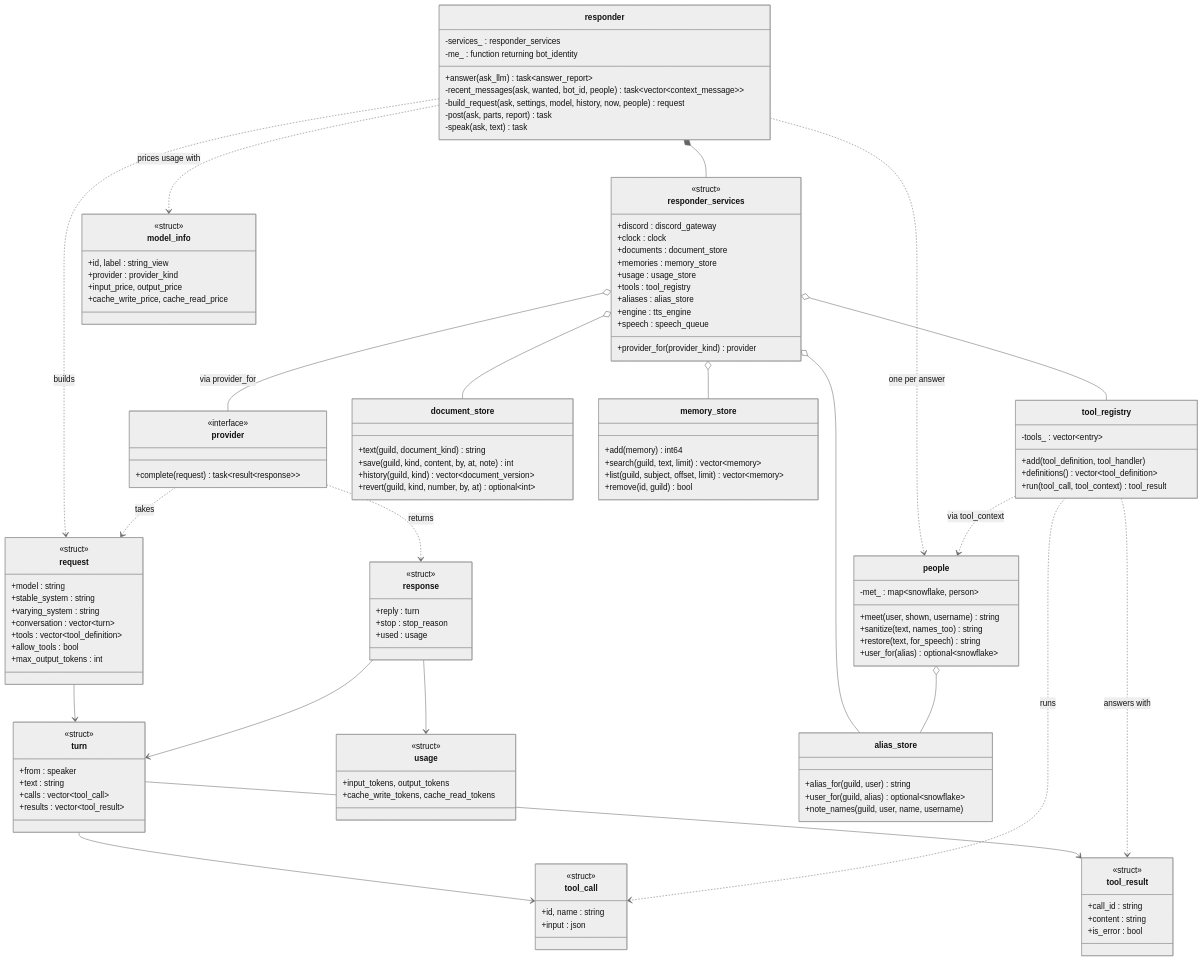
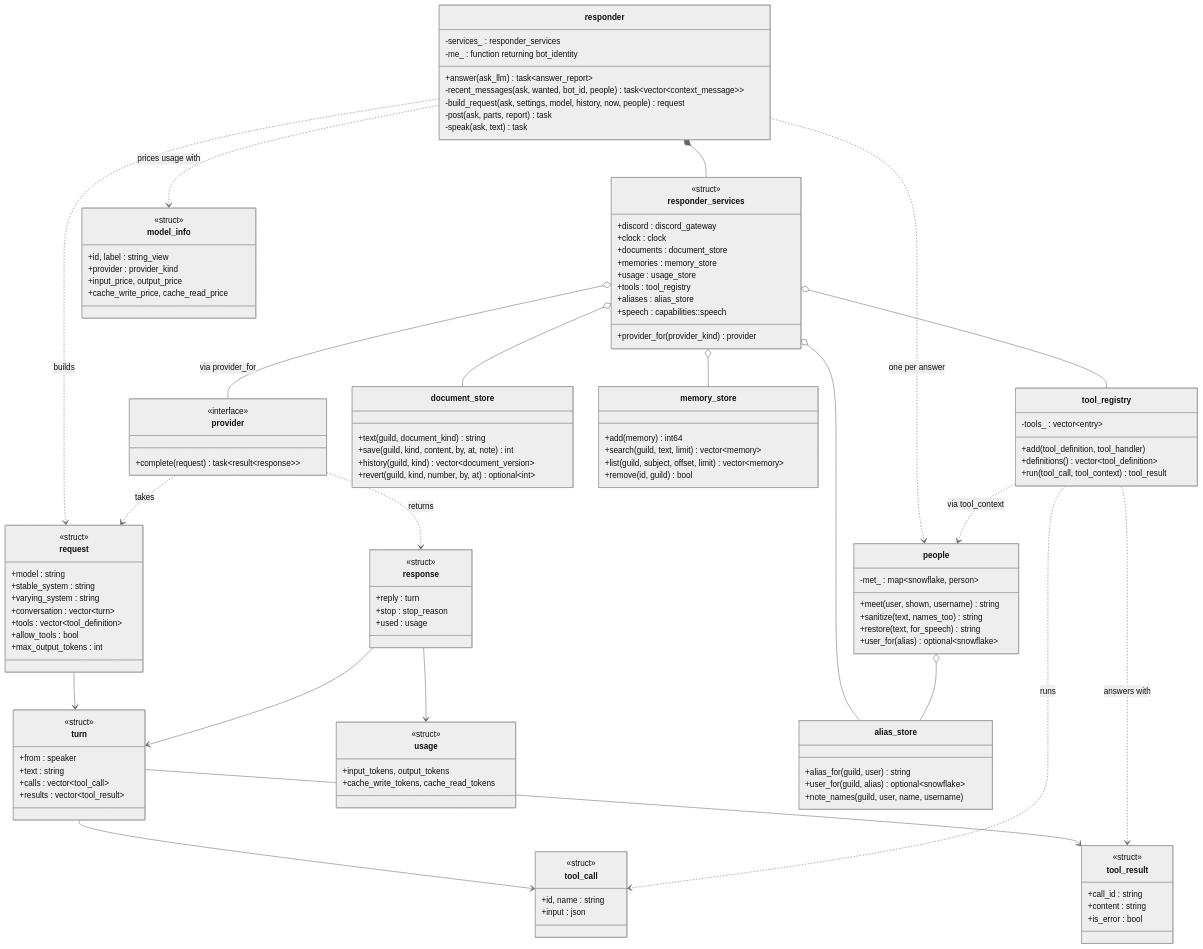
Diagram 11 of 13 in docs/architecture/Classes.md (mhorn00/LatiBot-cpp), drawn with Mermaid (neutral theme) before and after one commit. The commit also changed other lines of this file and 19 other files, not shown here.

```diff
--- a/docs/architecture/Classes.md
+++ b/docs/architecture/Classes.md
@@ -1233,8 +1233,7 @@
         +tools : tool_registry
         +aliases : alias_store
         +provider_for(provider_kind) provider
-        +engine : tts_engine
-        +speech : speech_queue
+        +speech : capabilities::speech
     }
     class provider {
         <<interface>>
```
